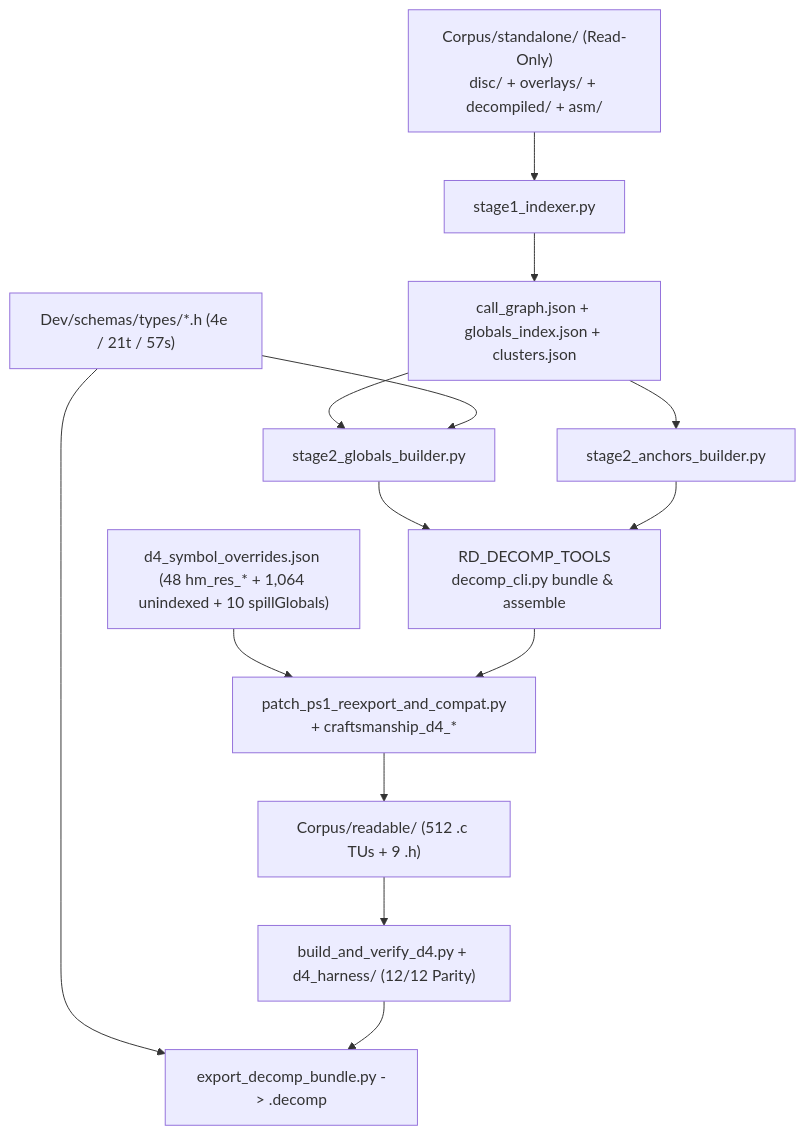
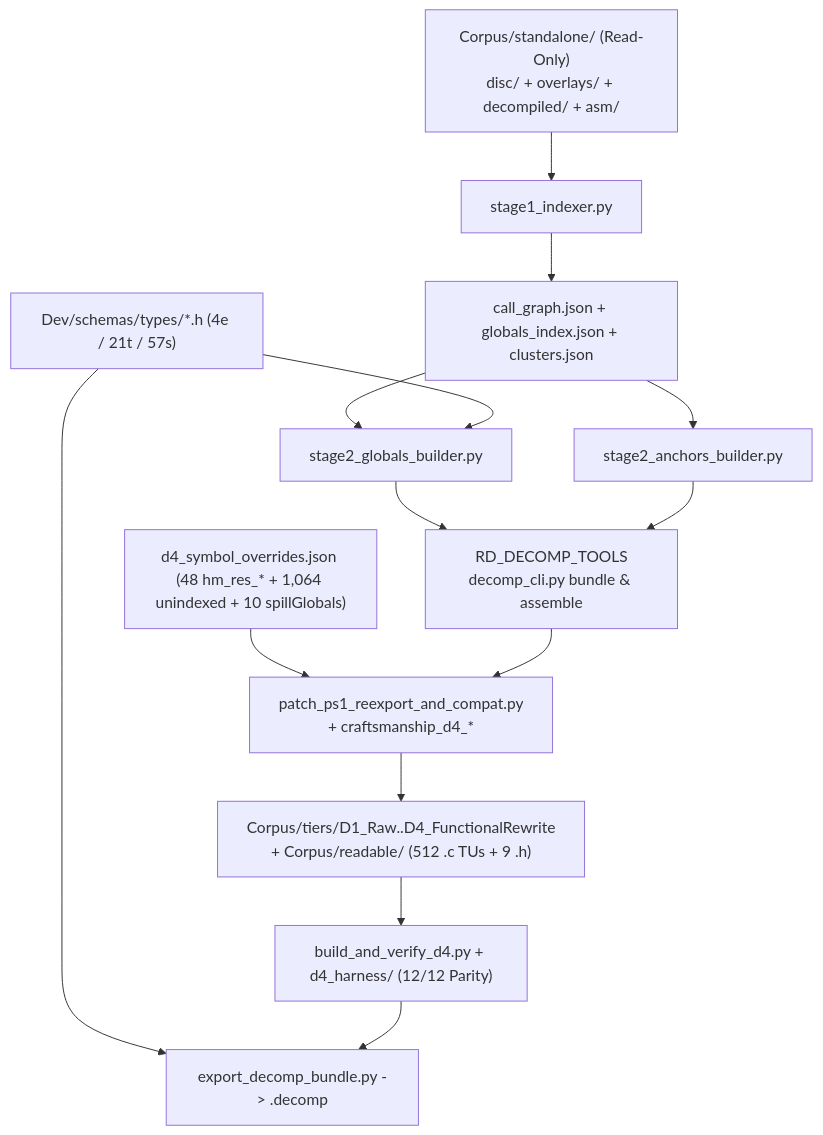
Before and after one commit to StreamResearch/HarvestMoonBackToNature-PlayStation: the second of 2 diagrams in Dev/docs/ARCHITECTURE.md, drawn with Mermaid. The commit also changed other lines of this file and 53 other files, not shown here.

First line of the commit message:
v0.2.1: true 512-file D4_FunctionalRewrite, D1..D4 tiers & 0-warn gate

````diff
--- a/Dev/docs/ARCHITECTURE.md
+++ b/Dev/docs/ARCHITECTURE.md
@@ -31,16 +31,16 @@
 ```mermaid
 flowchart TB
     CS["Corpus/standalone/ (Read-Only)\ndisc/ + overlays/ + decompiled/ + asm/"] --> S1["stage1_indexer.py"]
     S1 --> JSON1["call_graph.json + globals_index.json + clusters.json"]
     JSON1 --> S2G["stage2_globals_builder.py"]
     JSON1 --> S2A["stage2_anchors_builder.py"]
     Types["Dev/schemas/types/*.h (4e / 21t / 57s)"] --> S2G
     S2G --> Bundle["RD_DECOMP_TOOLS\ndecomp_cli.py bundle & assemble"]
     S2A --> Bundle
     Overrides["d4_symbol_overrides.json (48 hm_res_* + 1,064 unindexed + 10 spillGlobals)"] --> Norm["patch_ps1_reexport_and_compat.py\n+ craftsmanship_d4_*"]
     Bundle --> Norm
-    Norm --> Readable["Corpus/readable/ (512 .c TUs + 9 .h)"]
-    Readable --> BuildD4["build_and_verify_d4.py + d4_harness/ (12/12 Parity)"]
+    Norm --> Tiers["Corpus/tiers/D1_Raw..D4_FunctionalRewrite\n+ Corpus/readable/ (512 .c TUs + 9 .h)"]
+    Tiers --> BuildD4["build_and_verify_d4.py + d4_harness/ (12/12 Parity)"]
     Types --> Export["export_decomp_bundle.py -> .decomp"]
     BuildD4 --> Export
 ```
````
